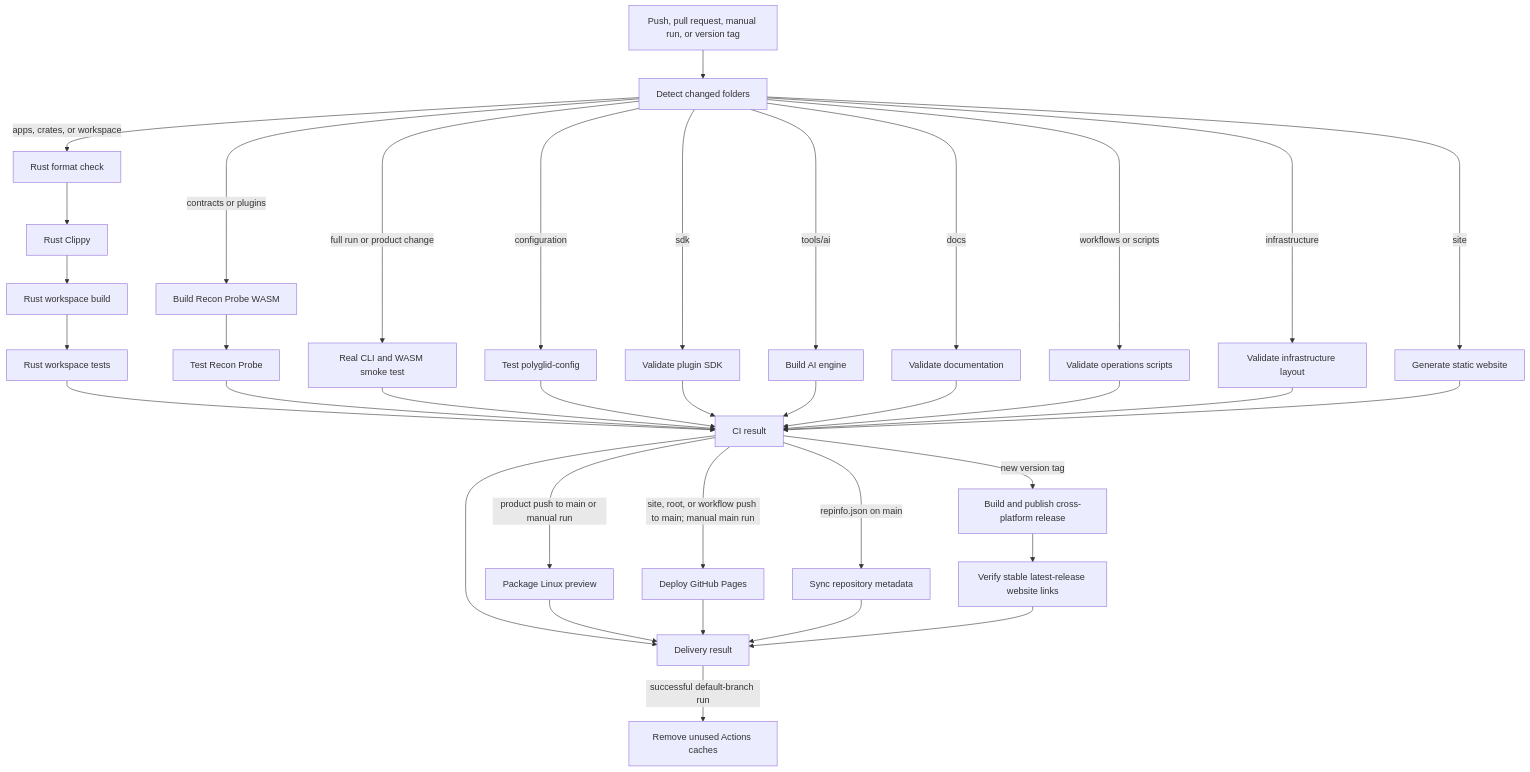
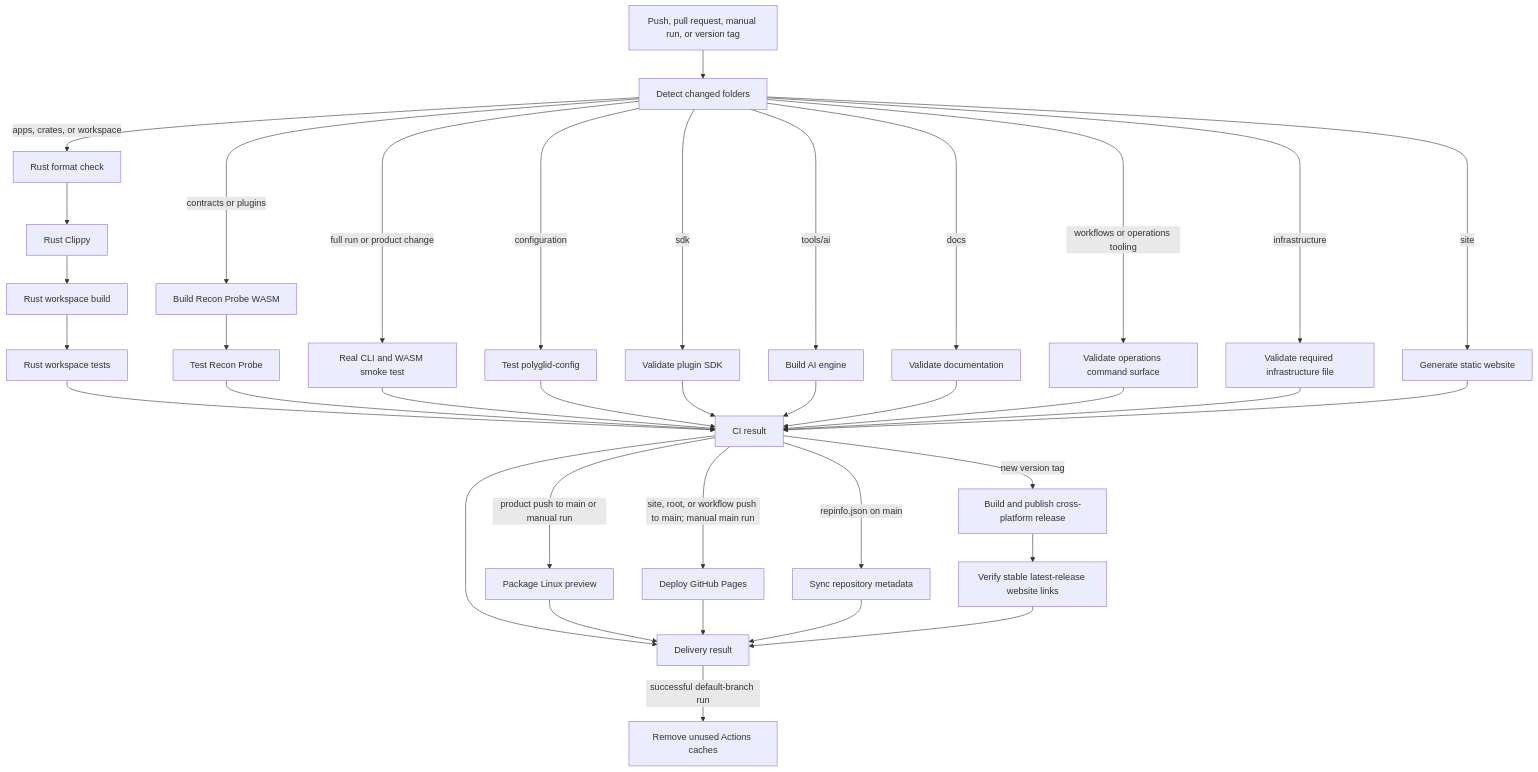
The third of 4 diagrams in docs/architecture/PROJECT_FLOW.md (anonto42/poly.glid_security_workspace), drawn with Mermaid before and after one commit. The commit also changed other lines of this file and 21 other files, not shown here.

````diff
--- a/docs/architecture/PROJECT_FLOW.md
+++ b/docs/architecture/PROJECT_FLOW.md
@@ -66,45 +64,45 @@
 ```mermaid
 flowchart TD
     Event[Push, pull request, manual run, or version tag] --> Detect[Detect changed folders]
 
     Detect -->|apps, crates, or workspace| Format[Rust format check]
     Format --> Clippy[Rust Clippy]
     Clippy --> Build[Rust workspace build]
     Build --> Tests[Rust workspace tests]
 
     Detect -->|contracts or plugins| WasmBuild[Build Recon Probe WASM]
     WasmBuild --> WasmTest[Test Recon Probe]
 
     Detect -->|configuration| Config[Test polyglid-config]
     Detect -->|sdk| SDK[Validate plugin SDK]
     Detect -->|tools/ai| AI[Build AI engine]
     Detect -->|docs| Docs[Validate documentation]
-    Detect -->|workflows or scripts| Ops[Validate operations scripts]
-    Detect -->|infrastructure| Infra[Validate infrastructure layout]
+    Detect -->|workflows or operations tooling| Ops[Validate operations command surface]
+    Detect -->|infrastructure| Infra[Validate required infrastructure file]
 
     Detect -->|site| SiteBuild[Generate static website]
     Detect -->|full run or product change| Smoke[Real CLI and WASM smoke test]
 
     Tests --> Result[CI result]
     WasmTest --> Result
     Smoke --> Result
     Config --> Result
     SDK --> Result
     AI --> Result
     Docs --> Result
     Ops --> Result
     Infra --> Result
     SiteBuild --> Result
 
     Result --> DeliveryResult[Delivery result]
     Result -->|product push to main or manual run| Preview[Package Linux preview]
     Result -->|site, root, or workflow push to main; manual main run| Pages[Deploy GitHub Pages]
     Result -->|repinfo.json on main| Metadata[Sync repository metadata]
     Result -->|new version tag| Release[Build and publish cross-platform release]
     Release --> Latest[Verify stable latest-release website links]
     Preview --> DeliveryResult
     Pages --> DeliveryResult
     Metadata --> DeliveryResult
     Latest --> DeliveryResult
     DeliveryResult -->|successful default-branch run| Cache[Remove unused Actions caches]
 ```
````
